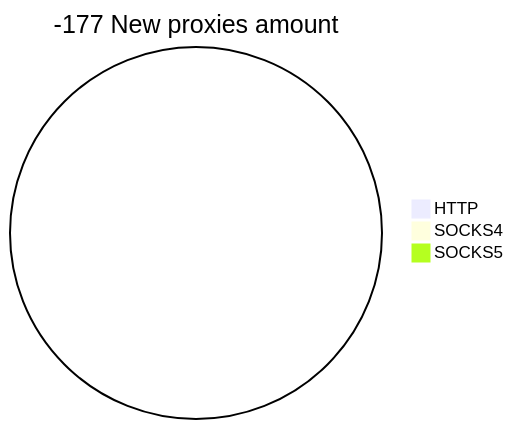
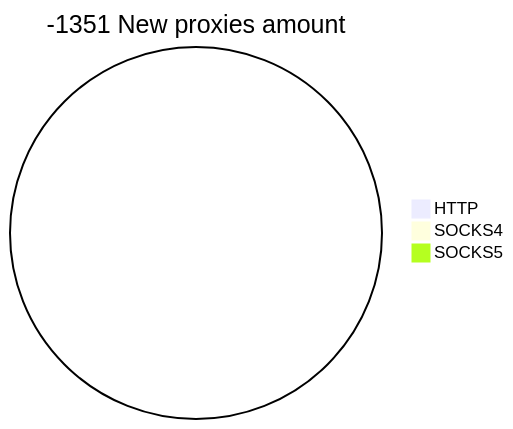
The second of 2 diagrams in README.md (cutipu/proxylist), drawn with Mermaid before and after one commit. The commit also changed other lines of this file, not shown here.

````diff
--- a/README.md
+++ b/README.md
@@ -10,6 +10,6 @@
 ```mermaid
-pie title -177 New proxies amount
+pie title -1351 New proxies amount
     "HTTP" : 0
     "SOCKS4" : 0
     "SOCKS5" : 0
 ```
````
